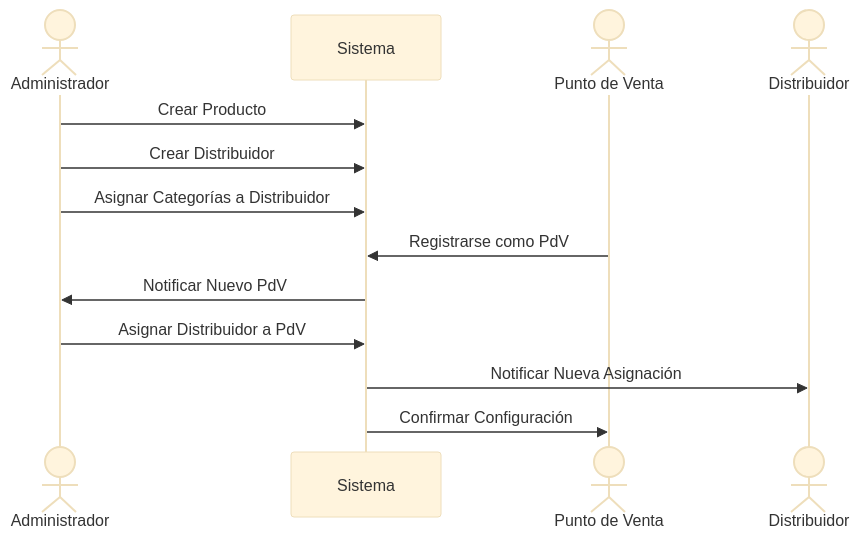
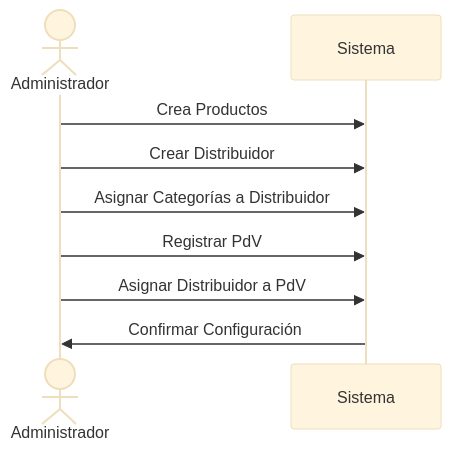
Before and after one commit to ingnlema/Conaprole: the second of 3 diagrams in docs/architecture/casos-de-uso/casos-uso-general.md, drawn with Mermaid (base theme). The commit also changed other lines of this file, not shown here.

````diff
--- a/docs/architecture/casos-de-uso/casos-uso-general.md
+++ b/docs/architecture/casos-de-uso/casos-uso-general.md
@@ -166,18 +166,12 @@
 ```mermaid
 sequenceDiagram
     actor Admin as Administrador
     participant SYS as Sistema
-    actor PdV as Punto de Venta
-    actor Dist as Distribuidor
     
-    Admin->>SYS: Crear Producto
+    Admin->>SYS: Crea Productos
     Admin->>SYS: Crear Distribuidor
     Admin->>SYS: Asignar Categorías a Distribuidor
-    
-    PdV->>SYS: Registrarse como PdV
-    SYS->>Admin: Notificar Nuevo PdV
-    
+    Admin->>SYS: Registrar  PdV
     Admin->>SYS: Asignar Distribuidor a PdV
-    SYS->>Dist: Notificar Nueva Asignación
-    SYS->>PdV: Confirmar Configuración
+    SYS->>Admin: Confirmar Configuración
 ```
````
